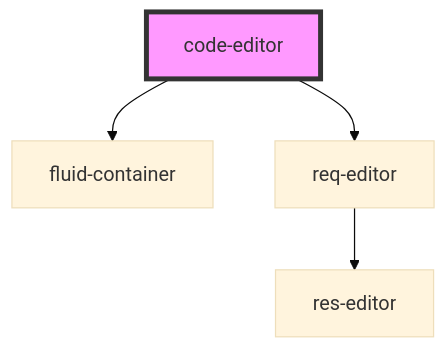
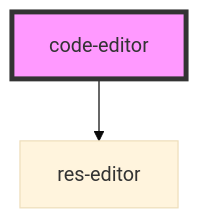
One commit to techvariable/NeptuneConnectComponents changed the diagram in src/components/code-editor/readme.md. Above: the diagram before and after it, drawn with Mermaid (base theme). The commit also changed other lines of this file and 13 other files, not shown here.

````diff
--- a/src/components/code-editor/readme.md
+++ b/src/components/code-editor/readme.md
@@ -24,7 +23,5 @@
 ```mermaid
 graph TD;
-  code-editor --> fluid-container
-  code-editor --> req-editor
-  req-editor --> res-editor
+  code-editor --> res-editor
   style code-editor fill:#f9f,stroke:#333,stroke-width:4px
 ```
````
